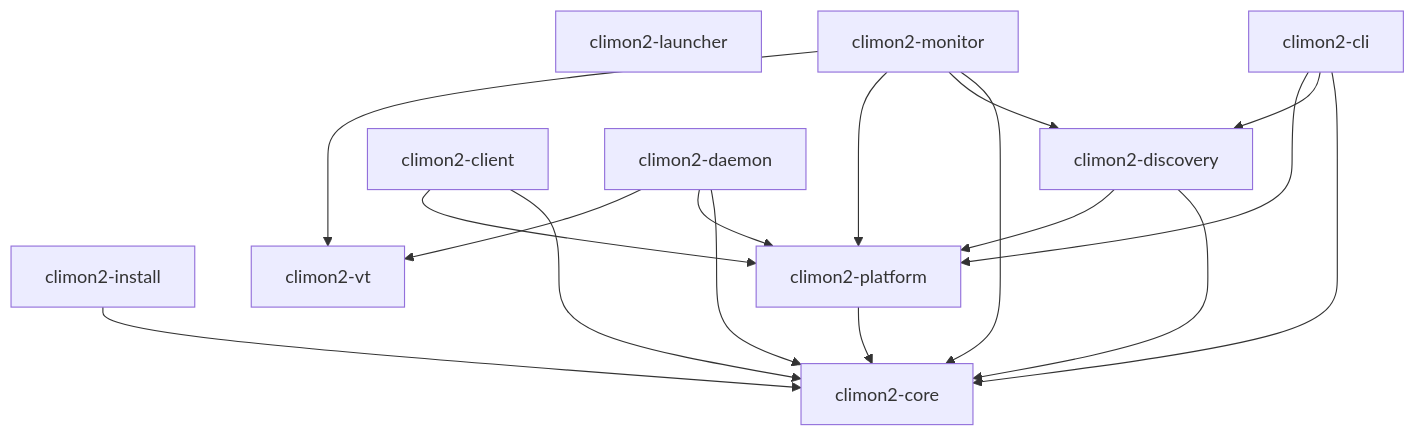
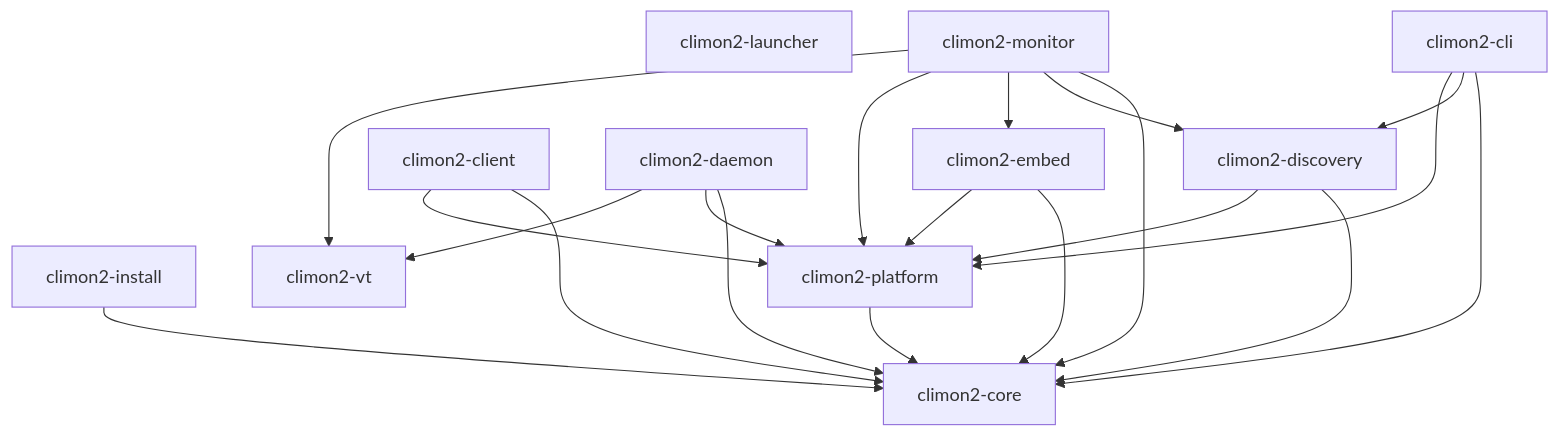
The first of 3 diagrams in docs/for-humans/architecture/crate-relationships.md (jackgeek/climon2), drawn with Mermaid before and after one commit. The commit also changed other lines of this file and 2 other files, not shown here.

````diff
--- a/docs/for-humans/architecture/crate-relationships.md
+++ b/docs/for-humans/architecture/crate-relationships.md
@@ -14,30 +14,34 @@
 ```mermaid
 flowchart TB
     launcher["climon2-launcher"]
     cli["climon2-cli"]
     discovery["climon2-discovery"]
     client["climon2-client"]
     daemon["climon2-daemon"]
     install["climon2-install"]
     monitor["climon2-monitor"]
+    embed["climon2-embed"]
     platform["climon2-platform"]
     core["climon2-core"]
     vt["climon2-vt"]
 
     cli --> core
     cli --> discovery
     cli --> platform
     discovery --> core
     discovery --> platform
     client --> core
     client --> platform
     daemon --> core
     daemon --> platform
     daemon --> vt
     install --> core
+    embed --> core
+    embed --> platform
     monitor --> core
     monitor --> discovery
+    monitor --> embed
     monitor --> platform
     monitor --> vt
     platform --> core
 ```
````
